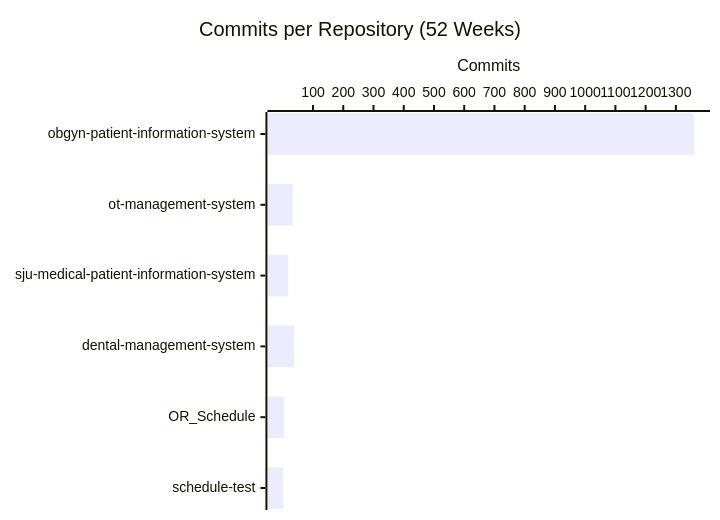
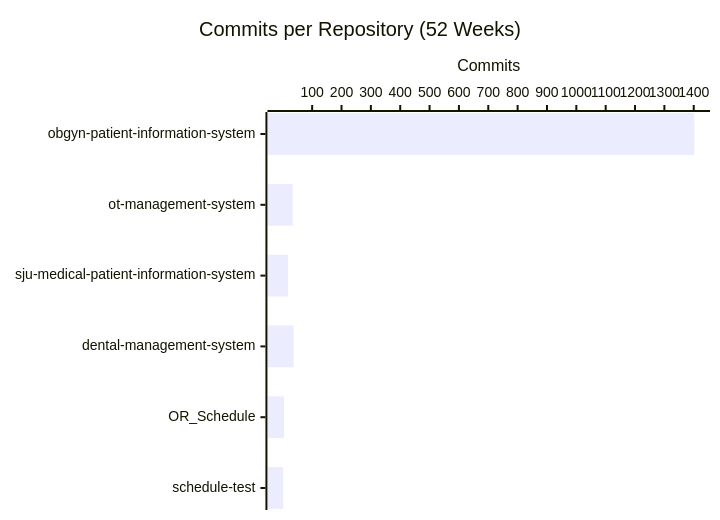
Before and after one commit to CSTH-Projects/.github: the second of 4 diagrams in profile/README.md, drawn with Mermaid. The commit also changed other lines of this file, not shown here.

````diff
--- a/profile/README.md
+++ b/profile/README.md
@@ -24,7 +24,7 @@
 ```mermaid
 xychart-beta horizontal
     title "Commits per Repository (52 Weeks)"
     x-axis ["obgyn-patient-information-system", "ot-management-system", "sju-medical-patient-information-system", "dental-management-system", "OR_Schedule", "schedule-test"]
     y-axis "Commits"
-    bar [1361, 34, 18, 37, 4, 1]
+    bar [1402, 34, 18, 37, 4, 1]
 ```
````
